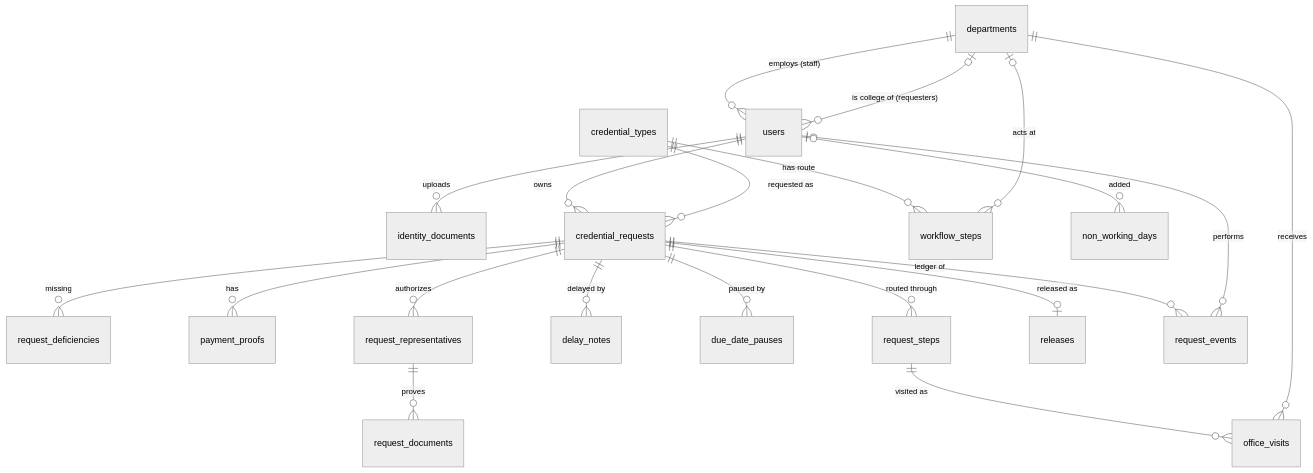
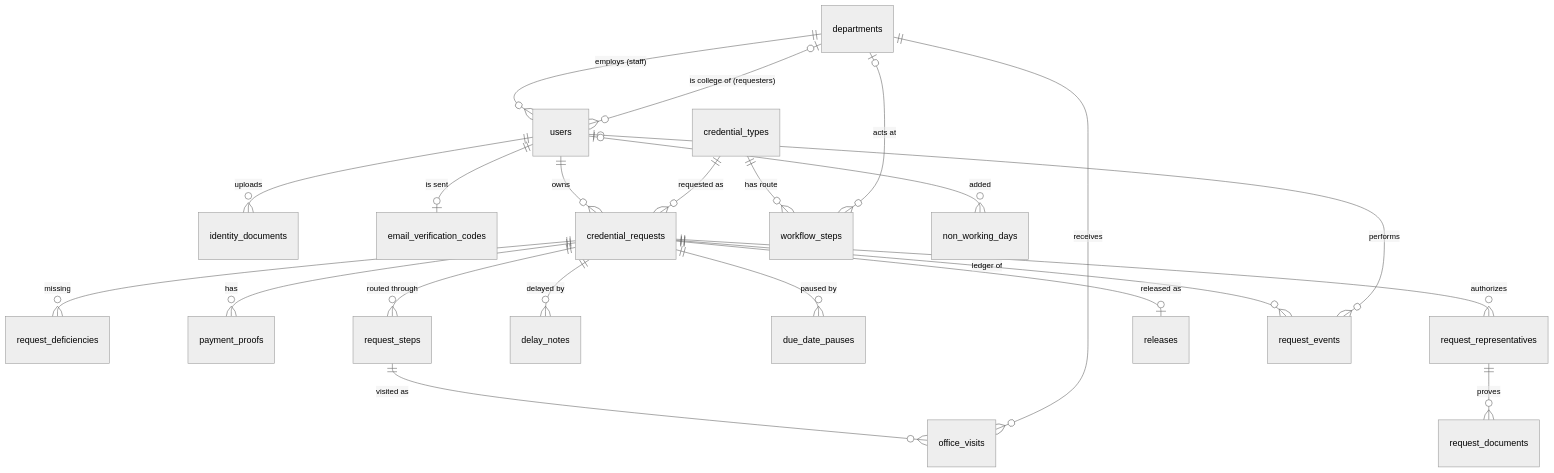
The diagram in docs/data-dictionary.md (ZyrusAlvez/Online-Academic-Credential-Request), drawn with Mermaid (neutral theme) before and after one commit. The commit also changed other lines of this file and 5 other files, not shown here.

````diff
--- a/docs/data-dictionary.md
+++ b/docs/data-dictionary.md
@@ -13,23 +13,24 @@
 ```mermaid
 erDiagram
     departments ||--o{ users : "employs (staff)"
     departments |o--o{ users : "is college of (requesters)"
     users ||--o{ identity_documents : uploads
+    users ||--o| email_verification_codes : "is sent"
     users ||--o{ credential_requests : "owns"
     credential_types ||--o{ workflow_steps : "has route"
     departments |o--o{ workflow_steps : "acts at"
     credential_types ||--o{ credential_requests : "requested as"
     credential_requests ||--o{ request_deficiencies : "missing"
     credential_requests ||--o{ payment_proofs : has
     credential_requests ||--o{ request_steps : "routed through"
     request_steps ||--o{ office_visits : "visited as"
     departments ||--o{ office_visits : receives
     credential_requests ||--o{ delay_notes : "delayed by"
     credential_requests ||--o{ due_date_pauses : "paused by"
     credential_requests ||--o{ request_representatives : "authorizes"
     request_representatives ||--o{ request_documents : "proves"
     credential_requests ||--o| releases : "released as"
     credential_requests ||--o{ request_events : "ledger of"
     users |o--o{ request_events : performs
     users |o--o{ non_working_days : "added"
 ```
````
